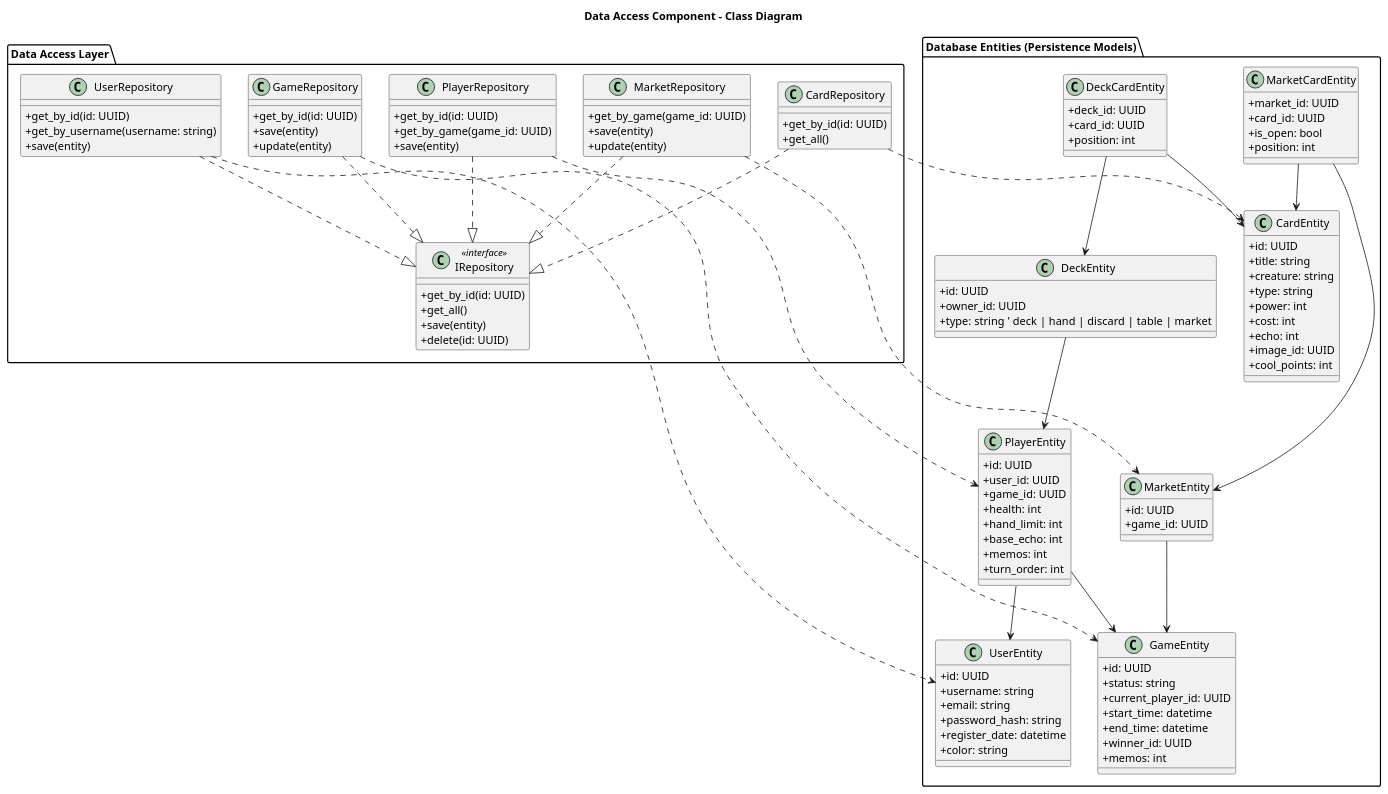
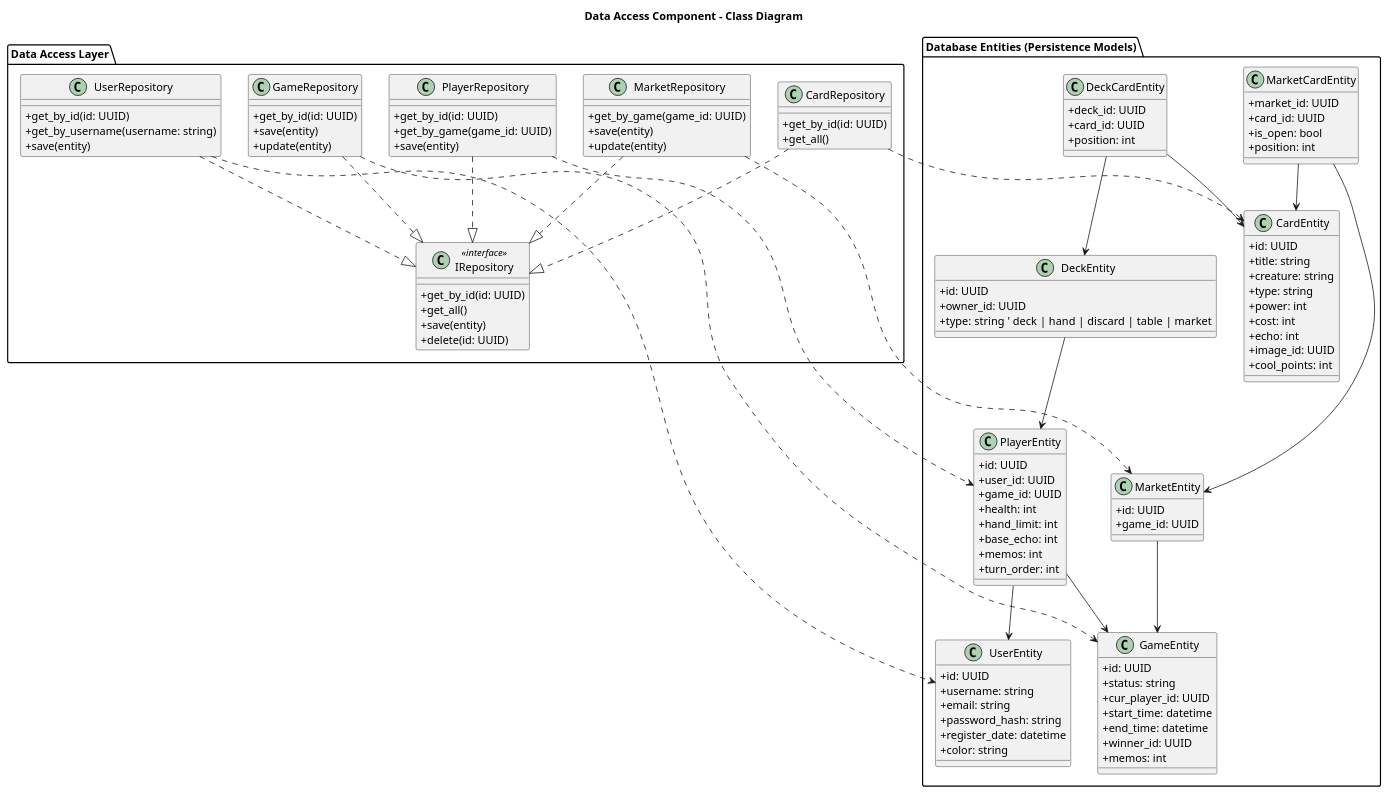
Before and after one commit to just-rudy/cool-magic-battles: the diagram in docs/c4-l4-data-access.puml, drawn with PlantUML. The commit also changed 17 other files, not shown here.

```diff
--- a/docs/c4-l4-data-access.puml
+++ b/docs/c4-l4-data-access.puml
@@ -1,141 +1,141 @@
 @startuml
 title Data Access Component - Class Diagram
 
 skinparam classAttributeIconSize 0
 
 package "Data Access Layer" as DAL {
 
   class IRepository <<interface>> {
     +get_by_id(id: UUID)
     +get_all()
     +save(entity)
     +delete(id: UUID)
   }
 
   class UserRepository {
     +get_by_id(id: UUID)
     +get_by_username(username: string)
     +save(entity)
   }
 
   class GameRepository {
     +get_by_id(id: UUID)
     +save(entity)
     +update(entity)
   }
 
   class PlayerRepository {
     +get_by_id(id: UUID)
     +get_by_game(game_id: UUID)
     +save(entity)
   }
 
   class CardRepository {
     +get_by_id(id: UUID)
     +get_all()
   }
 
   class MarketRepository {
     +get_by_game(game_id: UUID)
     +save(entity)
     +update(entity)
   }
 
 }
 
 package "Database Entities (Persistence Models)" {
 
   class UserEntity {
     +id: UUID
     +username: string
     +email: string
     +password_hash: string
     +register_date: datetime
     +color: string
   }
 
   class GameEntity {
     +id: UUID
     +status: string
-    +current_player_id: UUID
+    +cur_player_id: UUID
     +start_time: datetime
     +end_time: datetime
     +winner_id: UUID
     +memos: int
   }
 
   class PlayerEntity {
     +id: UUID
     +user_id: UUID
     +game_id: UUID
     +health: int
     +hand_limit: int
     +base_echo: int
     +memos: int
     +turn_order: int
   }
 
   class CardEntity {
     +id: UUID
     +title: string
     +creature: string
     +type: string
     +power: int
     +cost: int
     +echo: int
     +image_id: UUID
     +cool_points: int
   }
 
   class DeckEntity {
     +id: UUID
     +owner_id: UUID
     +type: string  ' deck | hand | discard | table | market
   }
 
   class DeckCardEntity {
     +deck_id: UUID
     +card_id: UUID
     +position: int
   }
 
   class MarketEntity {
     +id: UUID
     +game_id: UUID
   }
 
   class MarketCardEntity {
     +market_id: UUID
     +card_id: UUID
     +is_open: bool
     +position: int
   }
 
 }
 
 ' --- Relationships ---
 
 UserRepository ..|> IRepository
 GameRepository ..|> IRepository
 PlayerRepository ..|> IRepository
 CardRepository ..|> IRepository
 MarketRepository ..|> IRepository
 
 PlayerEntity --> UserEntity
 PlayerEntity --> GameEntity
 
 DeckEntity --> PlayerEntity
 DeckCardEntity --> DeckEntity
 DeckCardEntity --> CardEntity
 
 MarketEntity --> GameEntity
 MarketCardEntity --> MarketEntity
 MarketCardEntity --> CardEntity
 
 UserRepository ..> UserEntity
 GameRepository ..> GameEntity
 PlayerRepository ..> PlayerEntity
 CardRepository ..> CardEntity
 MarketRepository ..> MarketEntity
 
 @enduml
```
